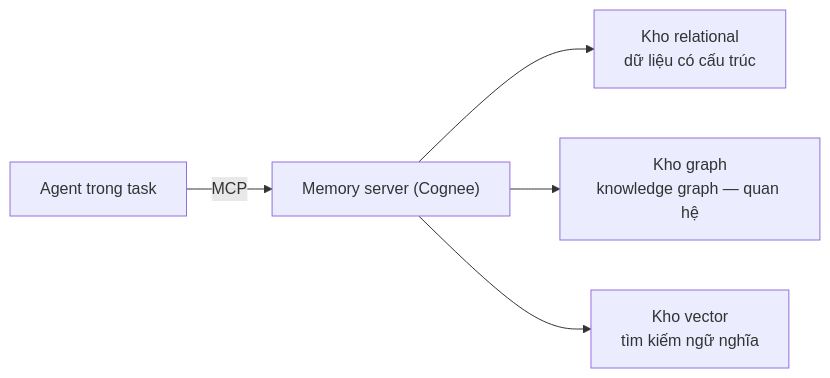
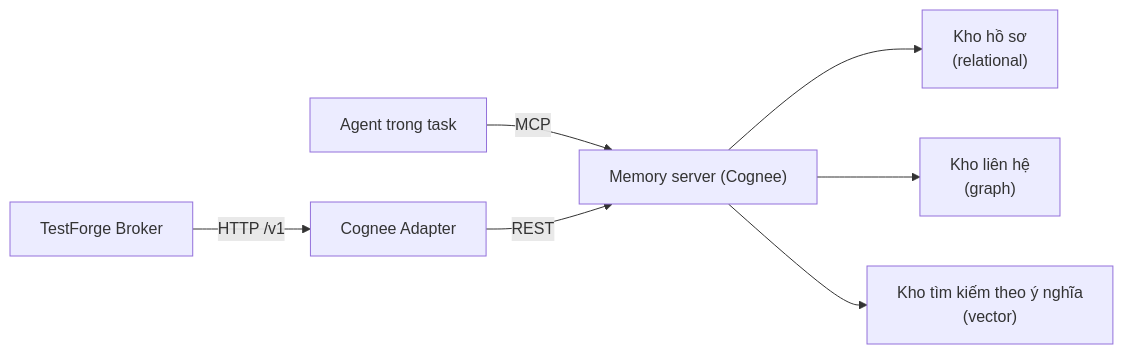
One commit to aspiringcoder6/vanguard-factory changed the first of 2 diagrams in docs/02-architecture/tang-3-harness/cognee-agent-memory.mdx. Above: the diagram before and after it, drawn with Mermaid. The commit also changed other lines of this file, not shown here.

Commit message:
docs(architecture): viết lại trang Agent Memory — kiến trúc triển khai, 3 kho linh hoạt DB, luồng dữ liệu

````diff
--- a/docs/02-architecture/tang-3-harness/cognee-agent-memory.mdx
+++ b/docs/02-architecture/tang-3-harness/cognee-agent-memory.mdx
@@ -9,7 +9,9 @@
 ```mermaid
 flowchart LR
     A["Agent trong task"] -->|"MCP"| S["Memory server (Cognee)"]
-    S --> R["Kho relational<br/>dữ liệu có cấu trúc"]
-    S --> G["Kho graph<br/>knowledge graph — quan hệ"]
-    S --> V["Kho vector<br/>tìm kiếm ngữ nghĩa"]
+    T["TestForge Broker"] -->|"HTTP /v1"| AD["Cognee Adapter"]
+    AD -->|"REST"| S
+    S --> R["Kho hồ sơ<br/>(relational)"]
+    S --> G["Kho liên hệ<br/>(graph)"]
+    S --> V["Kho tìm kiếm theo ý nghĩa<br/>(vector)"]
 ```
````
